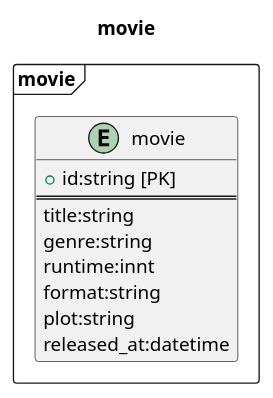
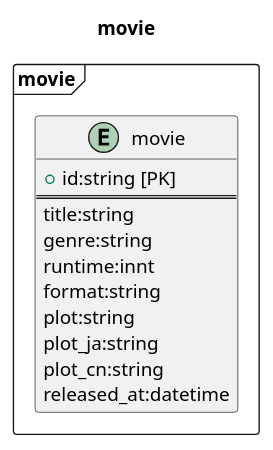
One commit to DaisukeHirata/express-typescript-openapi3 changed the diagram in movies-service/db-spec/dbspec.md. Above: the diagram before and after it, drawn with PlantUML. The commit also changed 16 other files, not shown here.

````diff
--- a/movies-service/db-spec/dbspec.md
+++ b/movies-service/db-spec/dbspec.md
@@ -5,20 +5,22 @@
 ```uml
 @startuml erd
 title movie
 left to right direction
 
 frame "movie" {
   entity "movie" {
       + id:string [PK]
       ==
       title:string
       genre:string
       runtime:innt
       format:string
       plot:string
+      plot_ja:string
+      plot_cn:string
       released_at:datetime
   }
 }
 
 @enduml
 ```
````
